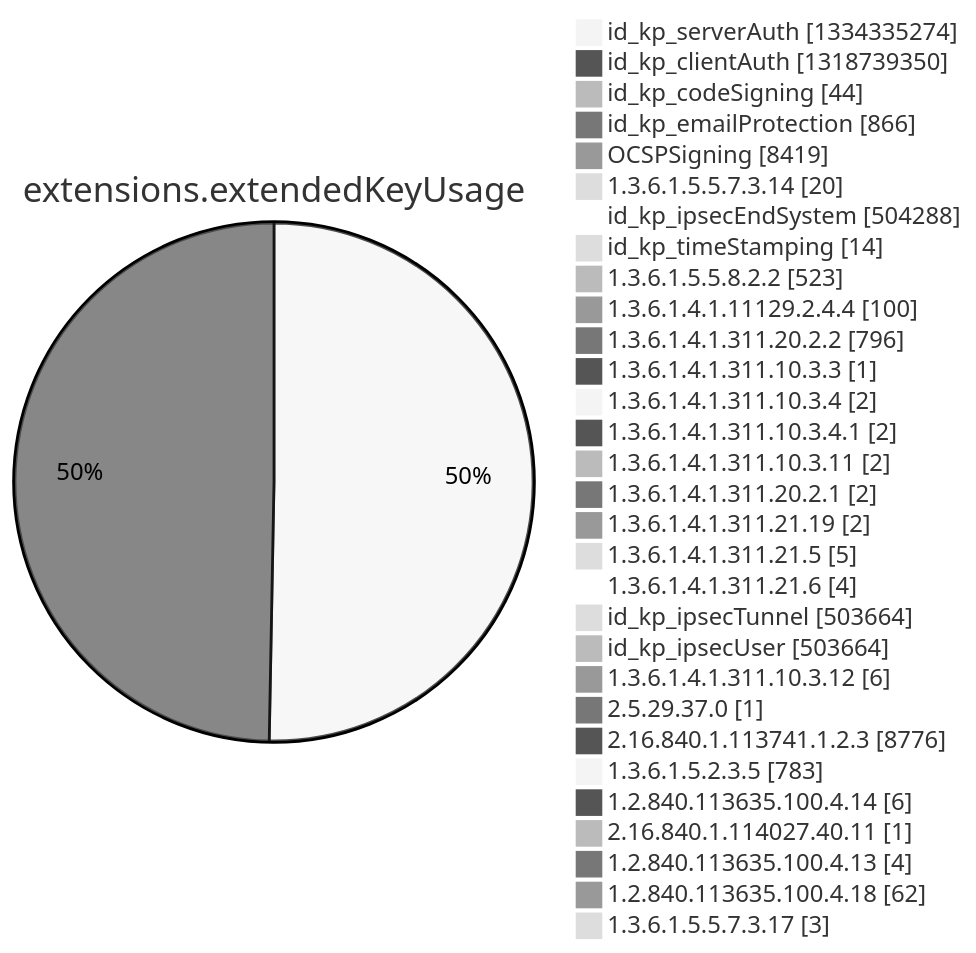
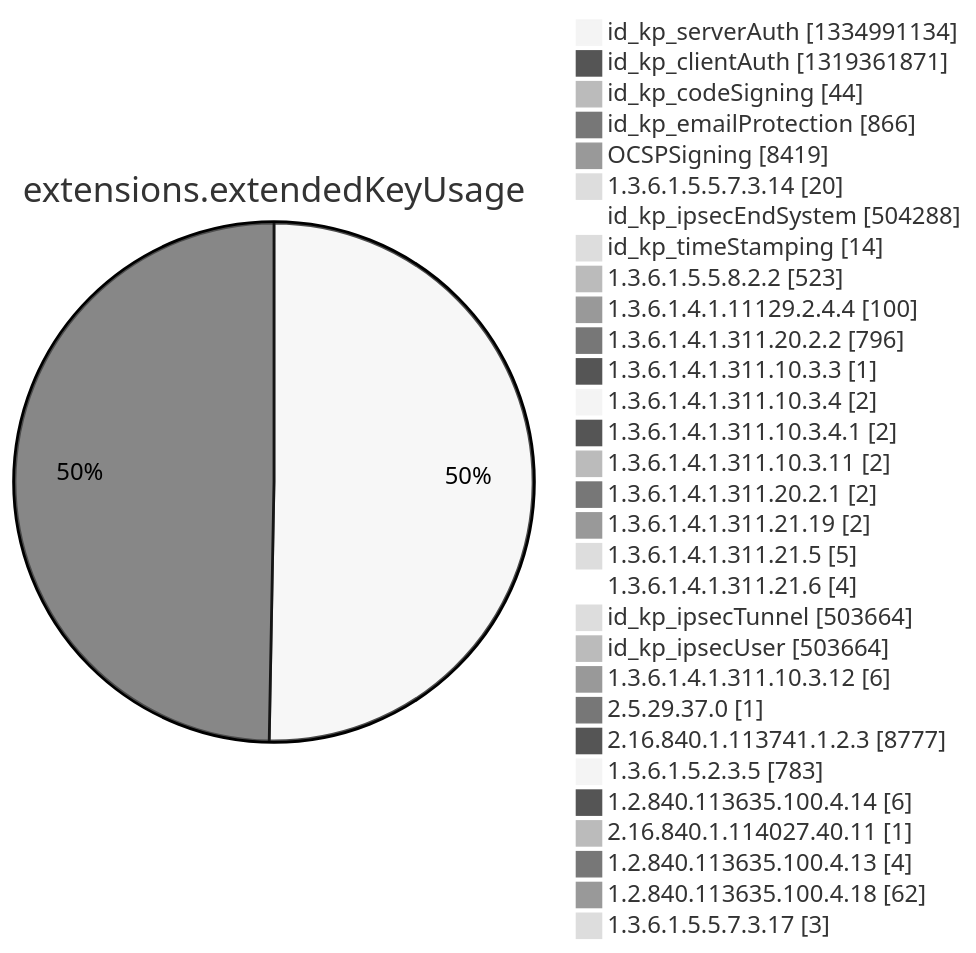
Diagram 12 of 15 in argon2022/README.md (christiankrug/ctmonitor_visualization), drawn with Mermaid (neutral theme) before and after one commit. The commit also changed other lines of this file, not shown here.

````diff
--- a/argon2022/README.md
+++ b/argon2022/README.md
@@ -3553,34 +3553,34 @@
 ```mermaid
 pie showData
 title extensions.extendedKeyUsage
-"id_kp_serverAuth" :1334335274
-"id_kp_clientAuth" :1318739350
+"id_kp_serverAuth" :1334991134
+"id_kp_clientAuth" :1319361871
 "id_kp_codeSigning" :44
 "id_kp_emailProtection" :866
 "OCSPSigning" :8419
 "1.3.6.1.5.5.7.3.14" :20
 "id_kp_ipsecEndSystem" :504288
 "id_kp_timeStamping" :14
 "1.3.6.1.5.5.8.2.2" :523
 "1.3.6.1.4.1.11129.2.4.4" :100
 "1.3.6.1.4.1.311.20.2.2" :796
 "1.3.6.1.4.1.311.10.3.3" :1
 "1.3.6.1.4.1.311.10.3.4" :2
 "1.3.6.1.4.1.311.10.3.4.1" :2
 "1.3.6.1.4.1.311.10.3.11" :2
 "1.3.6.1.4.1.311.20.2.1" :2
 "1.3.6.1.4.1.311.21.19" :2
 "1.3.6.1.4.1.311.21.5" :5
 "1.3.6.1.4.1.311.21.6" :4
 "id_kp_ipsecTunnel" :503664
 "id_kp_ipsecUser" :503664
 "1.3.6.1.4.1.311.10.3.12" :6
 "2.5.29.37.0" :1
-"2.16.840.1.113741.1.2.3" :8776
+"2.16.840.1.113741.1.2.3" :8777
 "1.3.6.1.5.2.3.5" :783
 "1.2.840.113635.100.4.14" :6
 "2.16.840.1.114027.40.11" :1
 "1.2.840.113635.100.4.13" :4
 "1.2.840.113635.100.4.18" :62
 "1.3.6.1.5.5.7.3.17" :3
 ```
````
